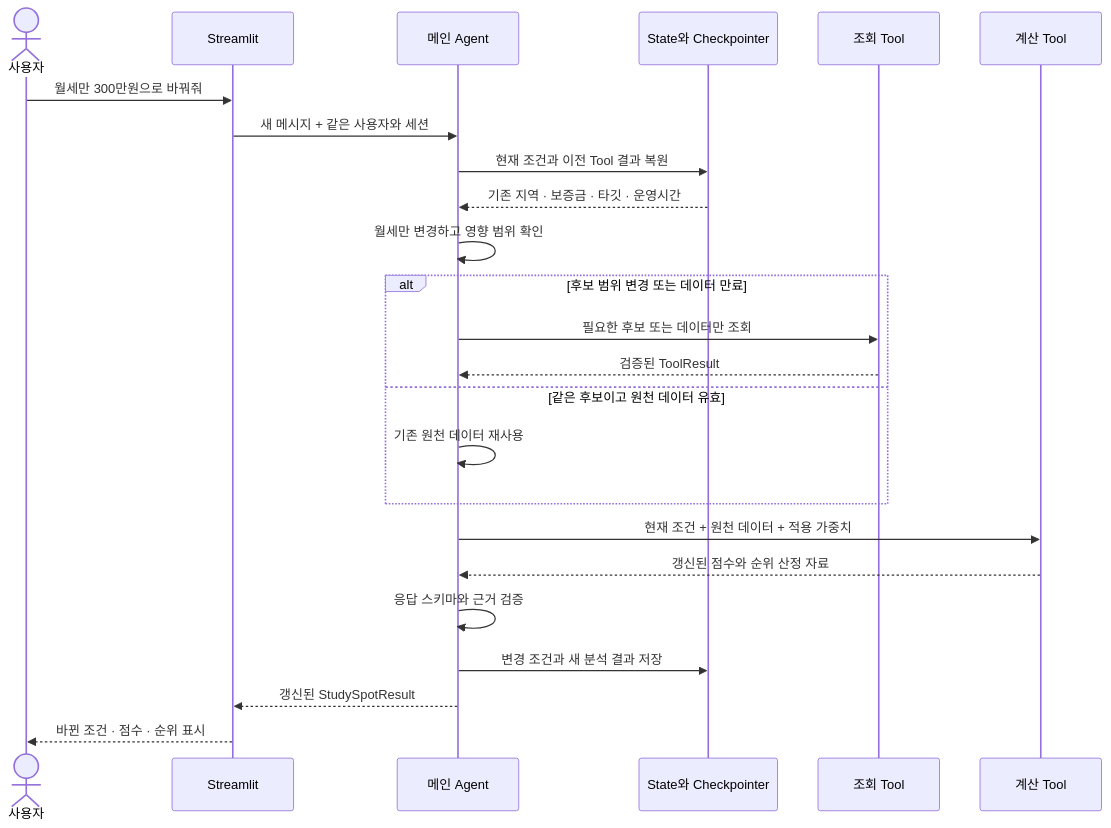
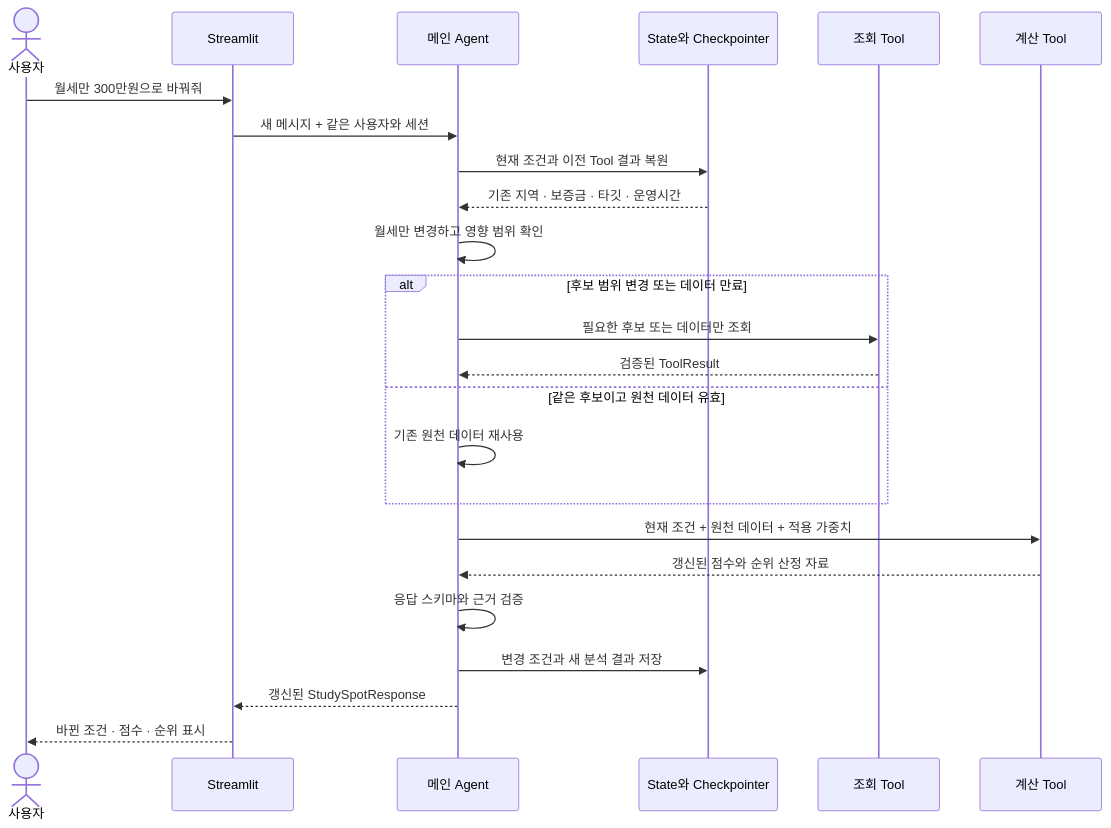
The third of 4 diagrams in docs/flow.md (oojoyhh/spot-agent), drawn with Mermaid before and after one commit. The commit also changed other lines of this file and 4 other files, not shown here.

````diff
--- a/docs/flow.md
+++ b/docs/flow.md
@@ -117,26 +117,26 @@
 ```mermaid
 sequenceDiagram
     actor User as 사용자
     participant UI as Streamlit
     participant Agent as 메인 Agent
     participant Memory as State와 Checkpointer
     participant Tools as 조회 Tool
     participant Score as 계산 Tool
     User->>UI: 월세만 300만원으로 바꿔줘
     UI->>Agent: 새 메시지 + 같은 사용자와 세션
     Agent->>Memory: 현재 조건과 이전 Tool 결과 복원
     Memory-->>Agent: 기존 지역 · 보증금 · 타깃 · 운영시간
     Agent->>Agent: 월세만 변경하고 영향 범위 확인
     alt 후보 범위 변경 또는 데이터 만료
         Agent->>Tools: 필요한 후보 또는 데이터만 조회
         Tools-->>Agent: 검증된 ToolResult
     else 같은 후보이고 원천 데이터 유효
         Agent->>Agent: 기존 원천 데이터 재사용
     end
     Agent->>Score: 현재 조건 + 원천 데이터 + 적용 가중치
     Score-->>Agent: 갱신된 점수와 순위 산정 자료
     Agent->>Agent: 응답 스키마와 근거 검증
     Agent->>Memory: 변경 조건과 새 분석 결과 저장
-    Agent-->>UI: 갱신된 StudySpotResult
+    Agent-->>UI: 갱신된 StudySpotResponse
     UI-->>User: 바뀐 조건 · 점수 · 순위 표시
 ```
````
